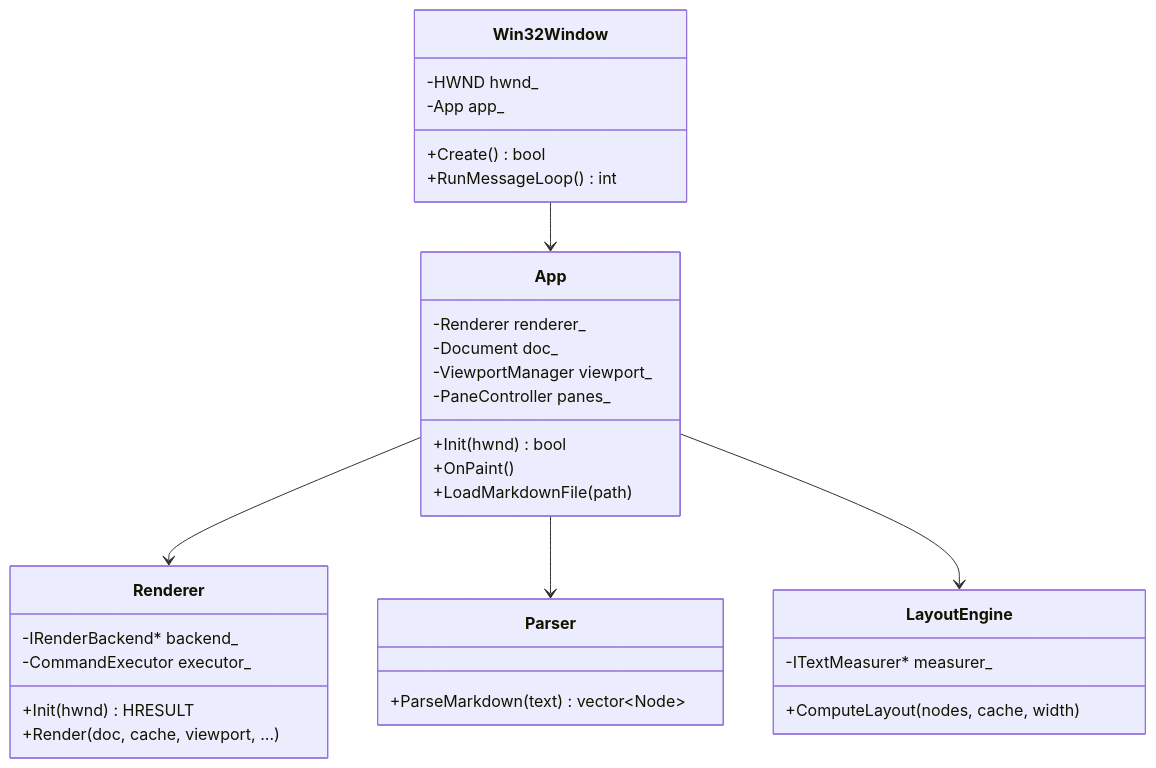
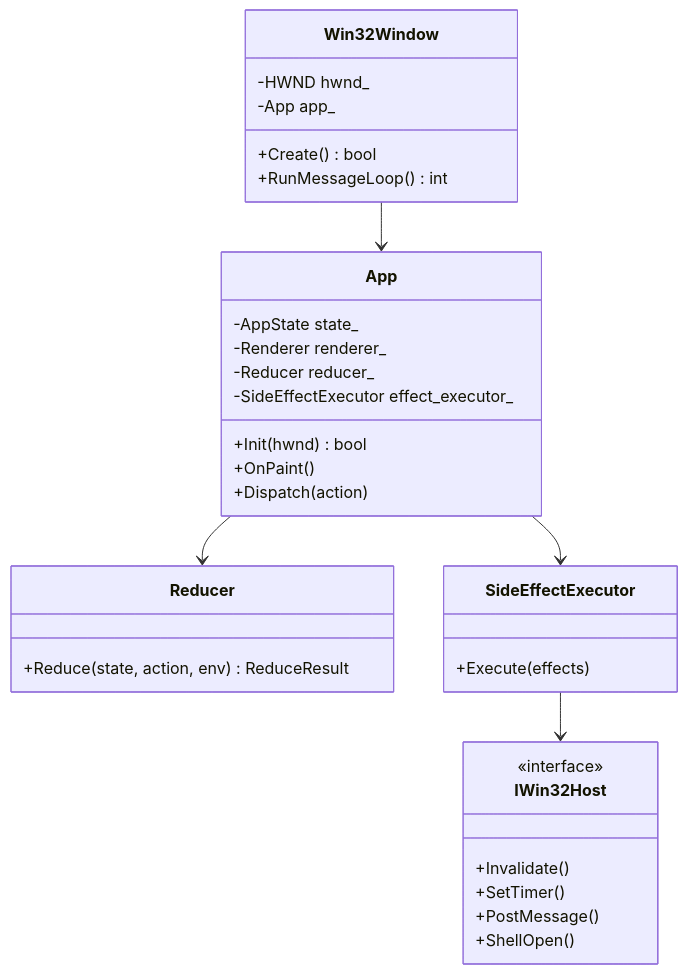
Before and after one commit to tanaton/mendo: diagram 25 of 27 in example/test.md, drawn with Mermaid. The commit also changed other lines of this file, not shown here.

````diff
--- a/example/test.md
+++ b/example/test.md
@@ -3576,40 +3555,40 @@
 ```mermaid
 classDiagram
     class Win32Window {
         -HWND hwnd_
         -App app_
         +Create() bool
         +RunMessageLoop() int
     }
 
     class App {
+        -AppState state_
         -Renderer renderer_
-        -Document doc_
-        -ViewportManager viewport_
-        -PaneController panes_
+        -Reducer reducer_
+        -SideEffectExecutor effect_executor_
         +Init(hwnd) bool
         +OnPaint()
-        +LoadMarkdownFile(path)
+        +Dispatch(action)
     }
 
-    class Renderer {
-        -IRenderBackend* backend_
-        -CommandExecutor executor_
-        +Init(hwnd) HRESULT
-        +Render(doc, cache, viewport, ...)
+    class Reducer {
+        +Reduce(state, action, env) ReduceResult
     }
 
-    class Parser {
-        +ParseMarkdown(text) vector~Node~
+    class SideEffectExecutor {
+        +Execute(effects)
     }
 
-    class LayoutEngine {
-        -ITextMeasurer* measurer_
-        +ComputeLayout(nodes, cache, width)
+    class IWin32Host {
+        <<interface>>
+        +Invalidate()
+        +SetTimer()
+        +PostMessage()
+        +ShellOpen()
     }
 
     Win32Window --> App
-    App --> Renderer
-    App --> Parser
-    App --> LayoutEngine
+    App --> Reducer
+    App --> SideEffectExecutor
+    SideEffectExecutor --> IWin32Host
 ```
````
